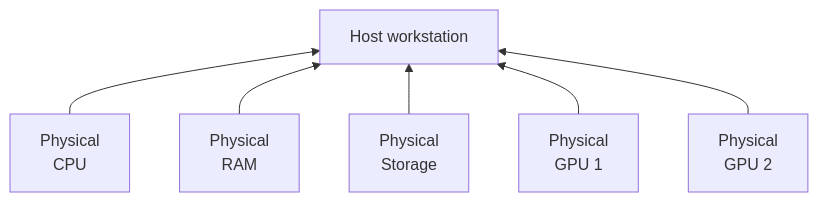
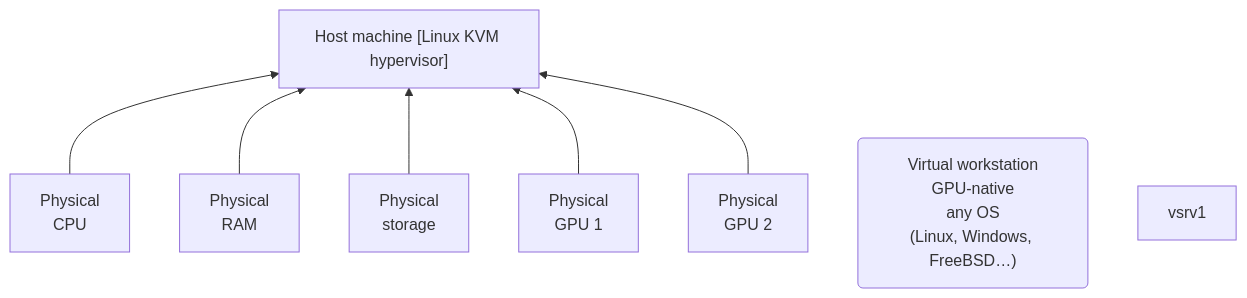
The diagram in README.md (agenkit/GHost), drawn with Mermaid before and after one commit.

````diff
--- a/README.md
+++ b/README.md
@@ -7,11 +7,20 @@
 ```mermaid
 graph BT;
    pcpu["Physical<br>CPU"];
    pmem["Physical<br>RAM"];
-   pstor["Physical<br>Storage"];
+   pstor["Physical<br>storage"];
    pgpu1["Physical<br>GPU 1"];
    pgpu2["Physical<br>GPU 2"];
-   host["Host workstation"];
+   host["Host machine [Linux KVM hypervisor]"];
+
+vws("Virtual workstation<br>GPU-native<br>any OS<br>(Linux, Windows, FreeBSD…)")
+vsrv1
+
+
+
+
+
+
    pcpu & pmem & pstor & pgpu1 & pgpu2 --> host;
 
 ```
````
